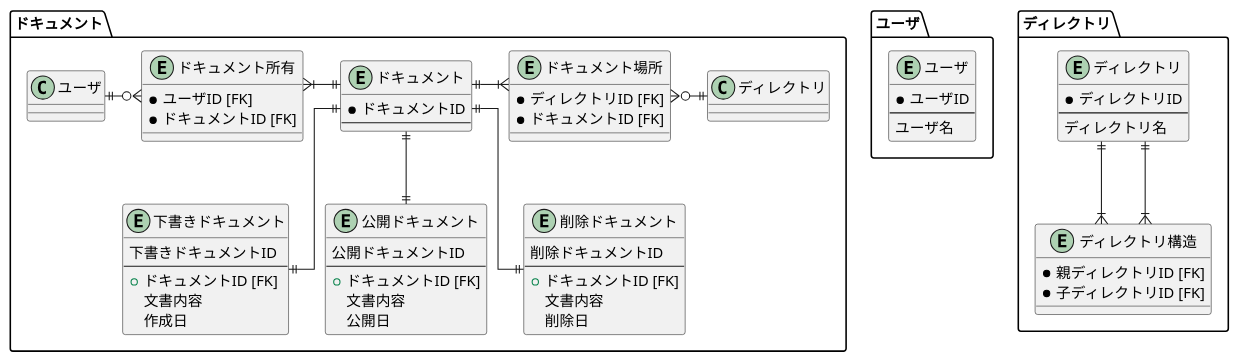
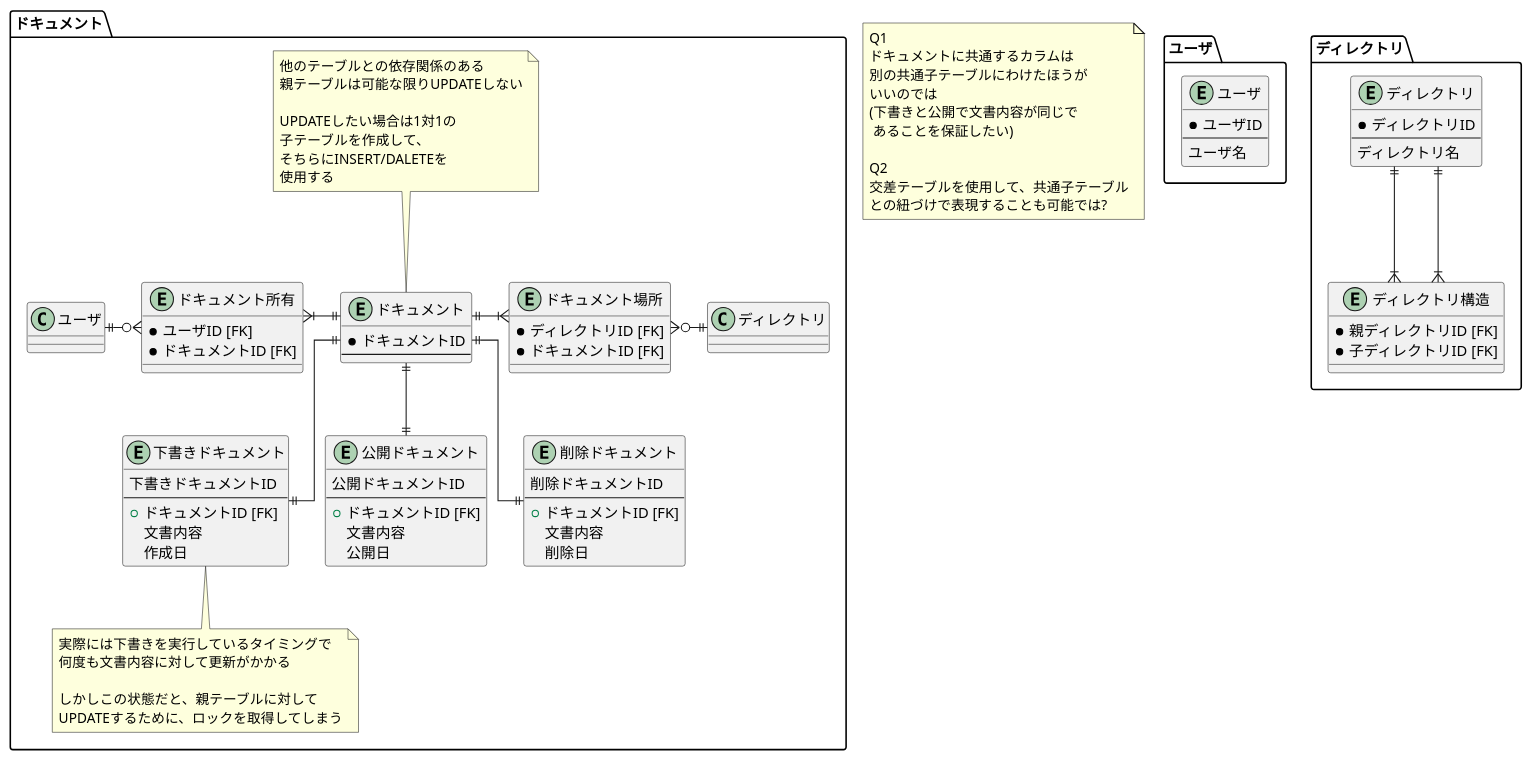
The diagram in database/31_modeling3/assets/docs-v2.pu (shimopino/praha-challenges), drawn with PlantUML before and after one commit.

Commit message:
docs: テーブル設計の懸念事項を追加 #105

```diff
--- a/database/31_modeling3/assets/docs-v2.pu
+++ b/database/31_modeling3/assets/docs-v2.pu
@@ -1,79 +1,110 @@
 @startuml docs-v2
 
 skinparam linetype ortho
+
+note as 疑問点
+    Q1
+    ドキュメントに共通するカラムは
+    別の共通子テーブルにわけたほうが
+    いいのでは
+    (下書きと公開で文書内容が同じで
+     あることを保証したい)
+
+    Q2
+    交差テーブルを使用して、共通子テーブル
+    との紐づけで表現することも可能では?
+end note
 
 package ユーザ {
     entity ユーザ {
         * ユーザID
         ---
         ユーザ名
     }
 }
 
 package ドキュメント {
     entity ドキュメント {
         * ドキュメントID
         ---
     }
 
+    note top of ドキュメント
+        他のテーブルとの依存関係のある
+        親テーブルは可能な限りUPDATEしない
+
+        UPDATEしたい場合は1対1の
+        子テーブルを作成して、
+        そちらにINSERT/DALETEを
+        使用する
+    end note
+
     entity 下書きドキュメント {
         下書きドキュメントID
         ---
         + ドキュメントID [FK]
         文書内容
         作成日
     }
+
+    note bottom of 下書きドキュメント
+        実際には下書きを実行しているタイミングで
+        何度も文書内容に対して更新がかかる
+
+        しかしこの状態だと、親テーブルに対して
+        UPDATEするために、ロックを取得してしまう
+    end note
 
     entity 公開ドキュメント {
         公開ドキュメントID
         ---
         + ドキュメントID [FK]
         文書内容
         公開日
     }
 
     entity 削除ドキュメント {
         削除ドキュメントID
         ---
         + ドキュメントID [FK]
         文書内容
         削除日
     }
 
     entity ドキュメント所有 {
         * ユーザID [FK]
         * ドキュメントID [FK]
     }
 
     entity ドキュメント場所 {
         * ディレクトリID [FK]
         * ドキュメントID [FK]
     }
 
     ユーザ ||-r-o{ ドキュメント所有
     ドキュメント ||-l-|{ ドキュメント所有
     ディレクトリ ||-l-o{ ドキュメント場所
     ドキュメント ||-r-|{ ドキュメント場所
 
     ドキュメント ||--|| 下書きドキュメント
     ドキュメント ||--|| 公開ドキュメント
     ドキュメント ||--|| 削除ドキュメント
 }
 
 package ディレクトリ {
     entity ディレクトリ {
         * ディレクトリID
         --
         ディレクトリ名
     }
 
     entity ディレクトリ構造 {
         * 親ディレクトリID [FK]
         * 子ディレクトリID [FK]
     }
 
     ディレクトリ ||--|{ ディレクトリ構造
     ディレクトリ ||--|{ ディレクトリ構造
 }
 
 @enduml
```
